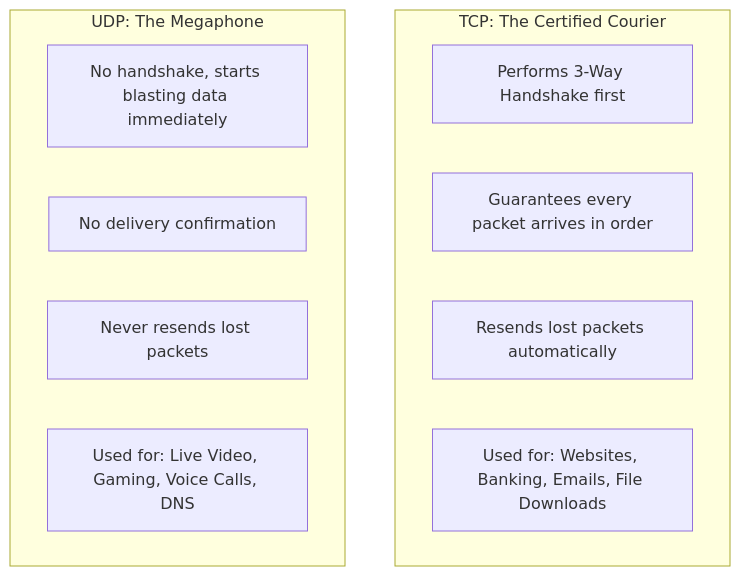
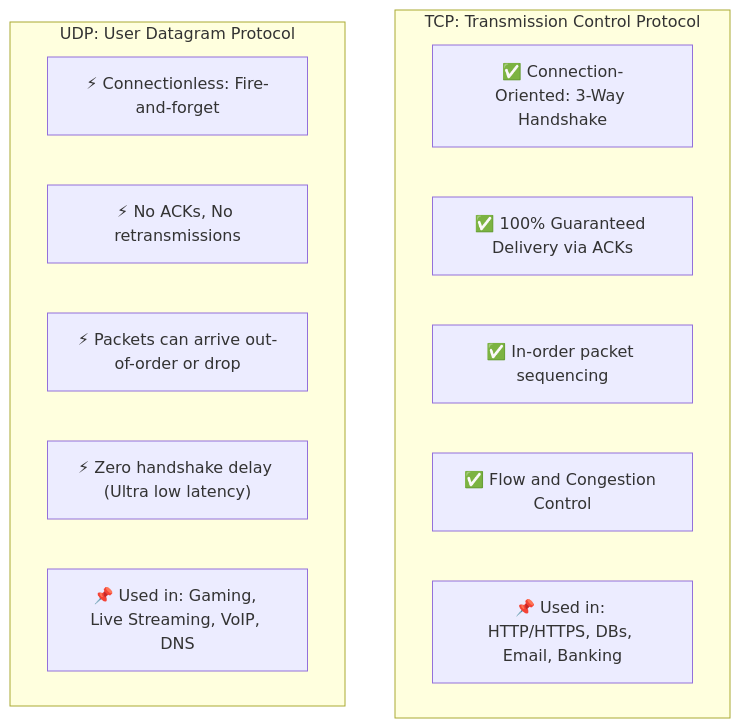
The ninth of 22 diagrams in README.md (Sujalkathait/high-level-design), drawn with Mermaid before and after one commit. The commit also changed other lines of this file, not shown here.

Commit message:
docs: complete Stage 1 (Phase 1 & Phase 2) with 31 topics, diagrams & simple English

````diff
--- a/README.md
+++ b/README.md
@@ -170,16 +327,18 @@
 ```mermaid
 graph TD
-    subgraph TCP [TCP: The Certified Courier]
-        T1[Performs 3-Way Handshake first]
-        T2[Guarantees every packet arrives in order]
-        T3[Resends lost packets automatically]
-        T4[Used for: Websites, Banking, Emails, File Downloads]
+    subgraph TCP [TCP: Transmission Control Protocol]
+        T1["✅ Connection-Oriented: 3-Way Handshake"]
+        T2["✅ 100% Guaranteed Delivery via ACKs"]
+        T3["✅ In-order packet sequencing"]
+        T4["✅ Flow and Congestion Control"]
+        T5["📌 Used in: HTTP/HTTPS, DBs, Email, Banking"]
     end
 
-    subgraph UDP [UDP: The Megaphone]
-        U1[No handshake, starts blasting data immediately]
-        U2[No delivery confirmation]
-        U3[Never resends lost packets]
-        U4[Used for: Live Video, Gaming, Voice Calls, DNS]
+    subgraph UDP [UDP: User Datagram Protocol]
+        U1["⚡ Connectionless: Fire-and-forget"]
+        U2["⚡ No ACKs, No retransmissions"]
+        U3["⚡ Packets can arrive out-of-order or drop"]
+        U4["⚡ Zero handshake delay (Ultra low latency)"]
+        U5["📌 Used in: Gaming, Live Streaming, VoIP, DNS"]
     end
 ```
````
